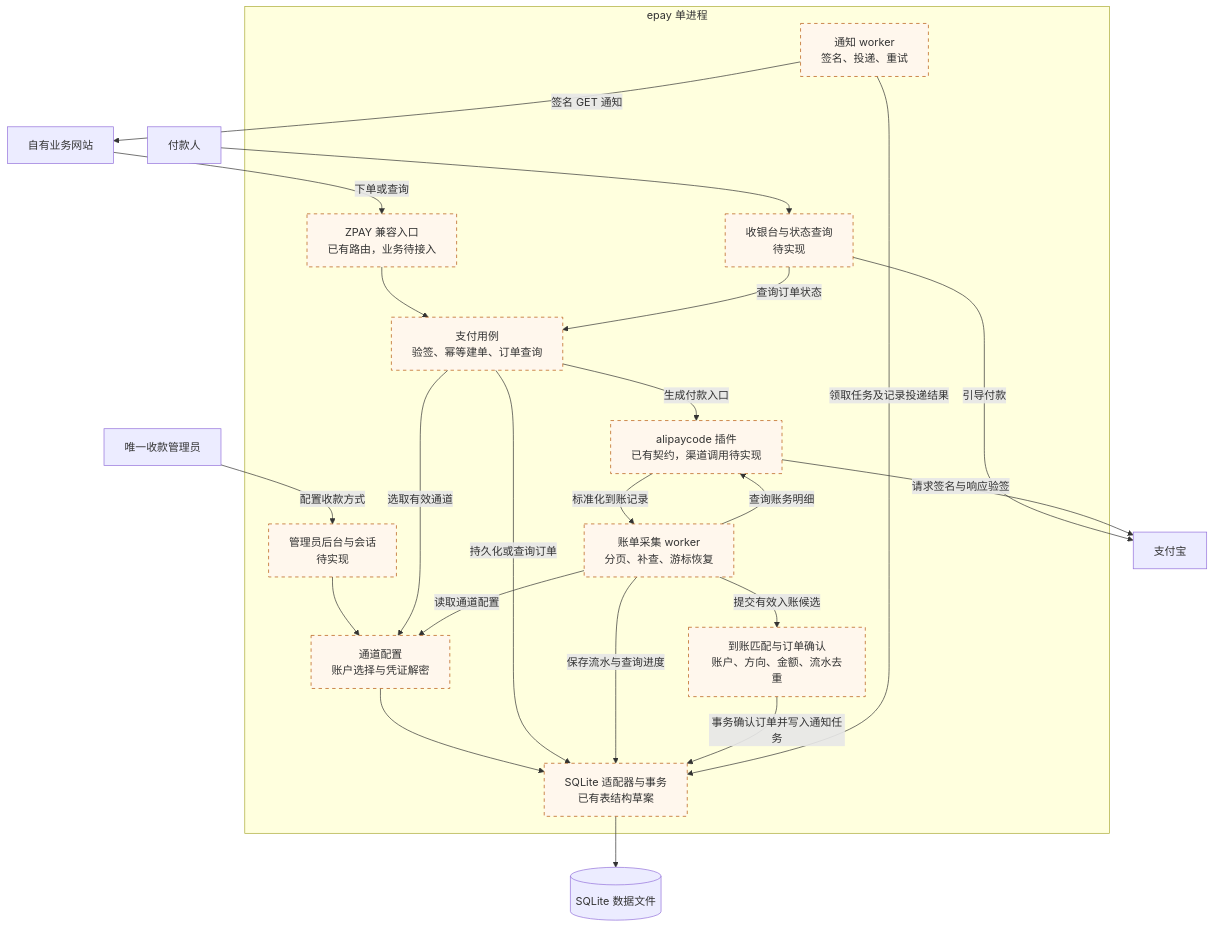
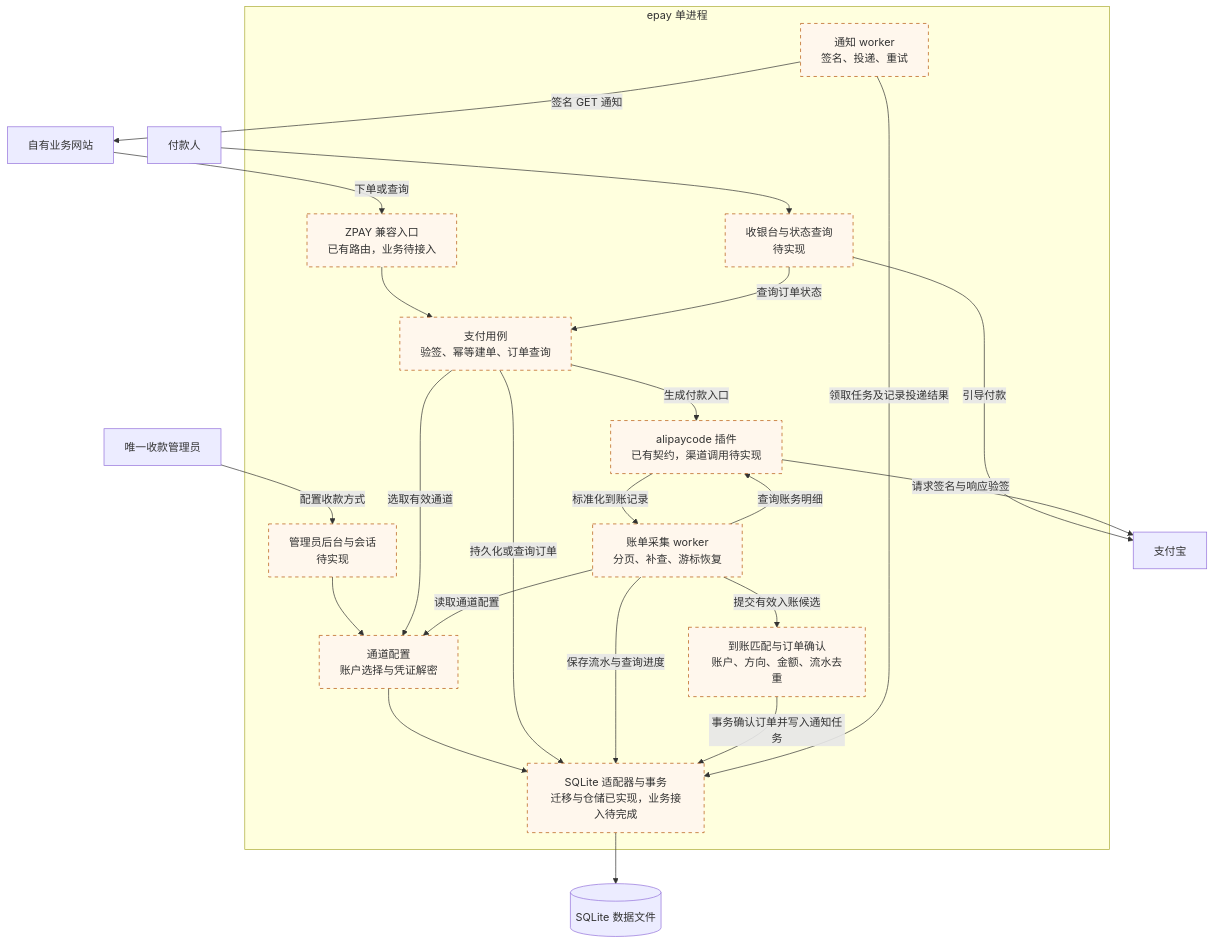
The second of 2 diagrams in docs/architecture.md (forza0310/Epay-go), drawn with Mermaid before and after one commit. The commit also changed other lines of this file and 19 other files, not shown here.

````diff
--- a/docs/architecture.md
+++ b/docs/architecture.md
@@ -78,46 +87,46 @@
 ```mermaid
 flowchart TB
     Owner["唯一收款管理员"]
     Business["自有业务网站"]
     Payer["付款人"]
     Alipay["支付宝"]
     Database[("SQLite 数据文件")]
 
     subgraph Process["epay 单进程"]
         Admin["管理员后台与会话<br/>待实现"]
         API["ZPAY 兼容入口<br/>已有路由，业务待接入"]
         Checkout["收银台与状态查询<br/>待实现"]
         Usecase["支付用例<br/>验签、幂等建单、订单查询"]
         ChannelConfig["通道配置<br/>账户选择与凭证解密"]
         Plugin["alipaycode 插件<br/>已有契约，渠道调用待实现"]
         Poller["账单采集 worker<br/>分页、补查、游标恢复"]
         Confirm["到账匹配与订单确认<br/>账户、方向、金额、流水去重"]
-        Store["SQLite 适配器与事务<br/>已有表结构草案"]
+        Store["SQLite 适配器与事务<br/>迁移与仓储已实现，业务接入待完成"]
         Notify["通知 worker<br/>签名、投递、重试"]
     end
 
     Owner -->|配置收款方式| Admin
     Admin --> ChannelConfig
     ChannelConfig --> Store
     Business -->|下单或查询| API
     API --> Usecase
     Payer --> Checkout
     Checkout -->|查询订单状态| Usecase
     Usecase -->|选取有效通道| ChannelConfig
     Usecase -->|持久化或查询订单| Store
     Usecase -->|生成付款入口| Plugin
     Checkout -->|引导付款| Alipay
     Poller -->|读取通道配置| ChannelConfig
     Poller -->|查询账务明细| Plugin
     Plugin -->|请求签名与响应验签| Alipay
     Plugin -->|标准化到账记录| Poller
     Poller -->|保存流水与查询进度| Store
     Poller -->|提交有效入账候选| Confirm
     Confirm -->|事务确认订单并写入通知任务| Store
     Notify -->|领取任务及记录投递结果| Store
     Notify -->|签名 GET 通知| Business
     Store --> Database
 
     classDef planned fill:#fff7ed,stroke:#b45309,stroke-width:1px,stroke-dasharray:5 5;
     class Admin,API,Checkout,Usecase,ChannelConfig,Plugin,Poller,Confirm,Store,Notify planned;
 ```
````
